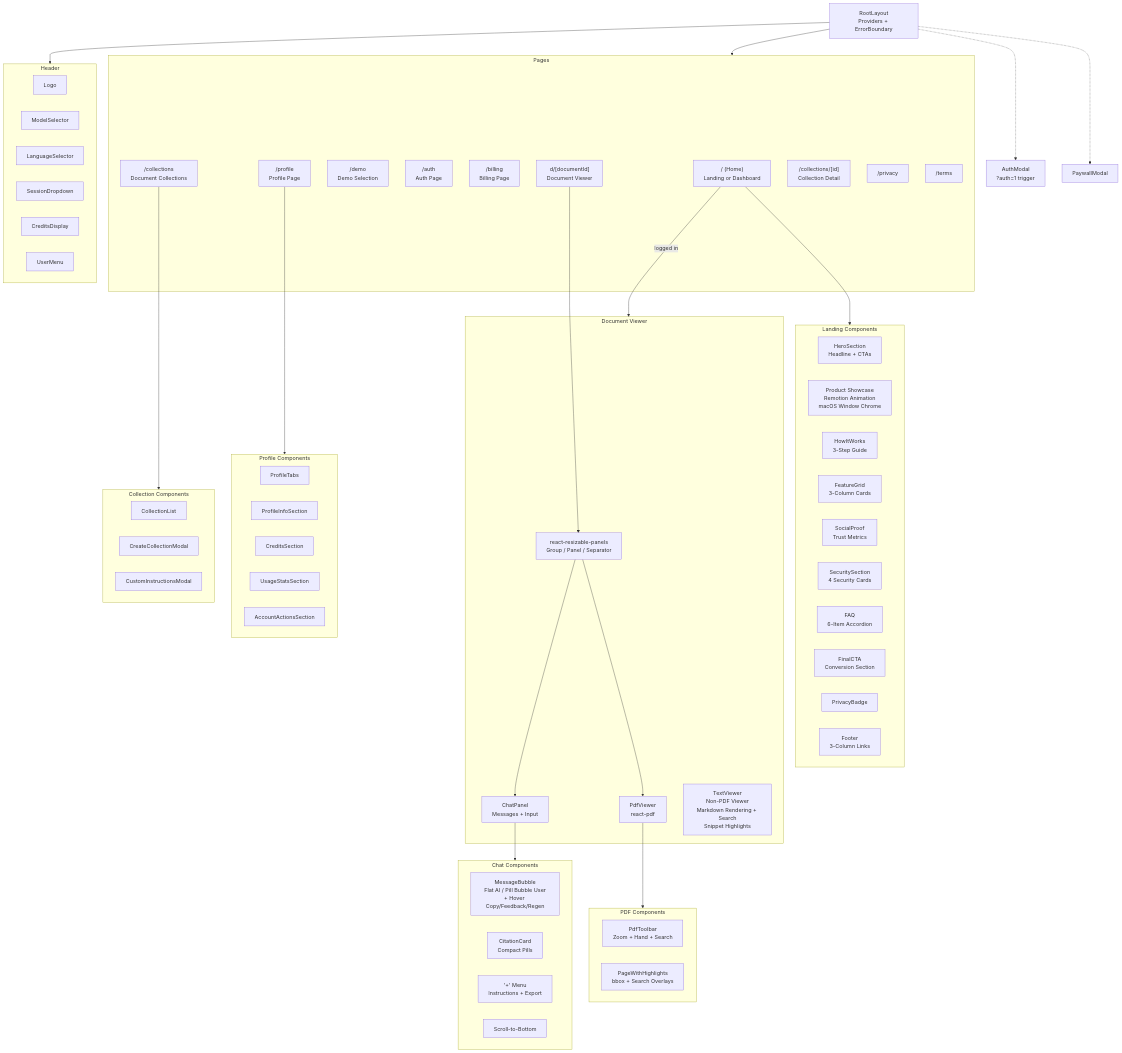
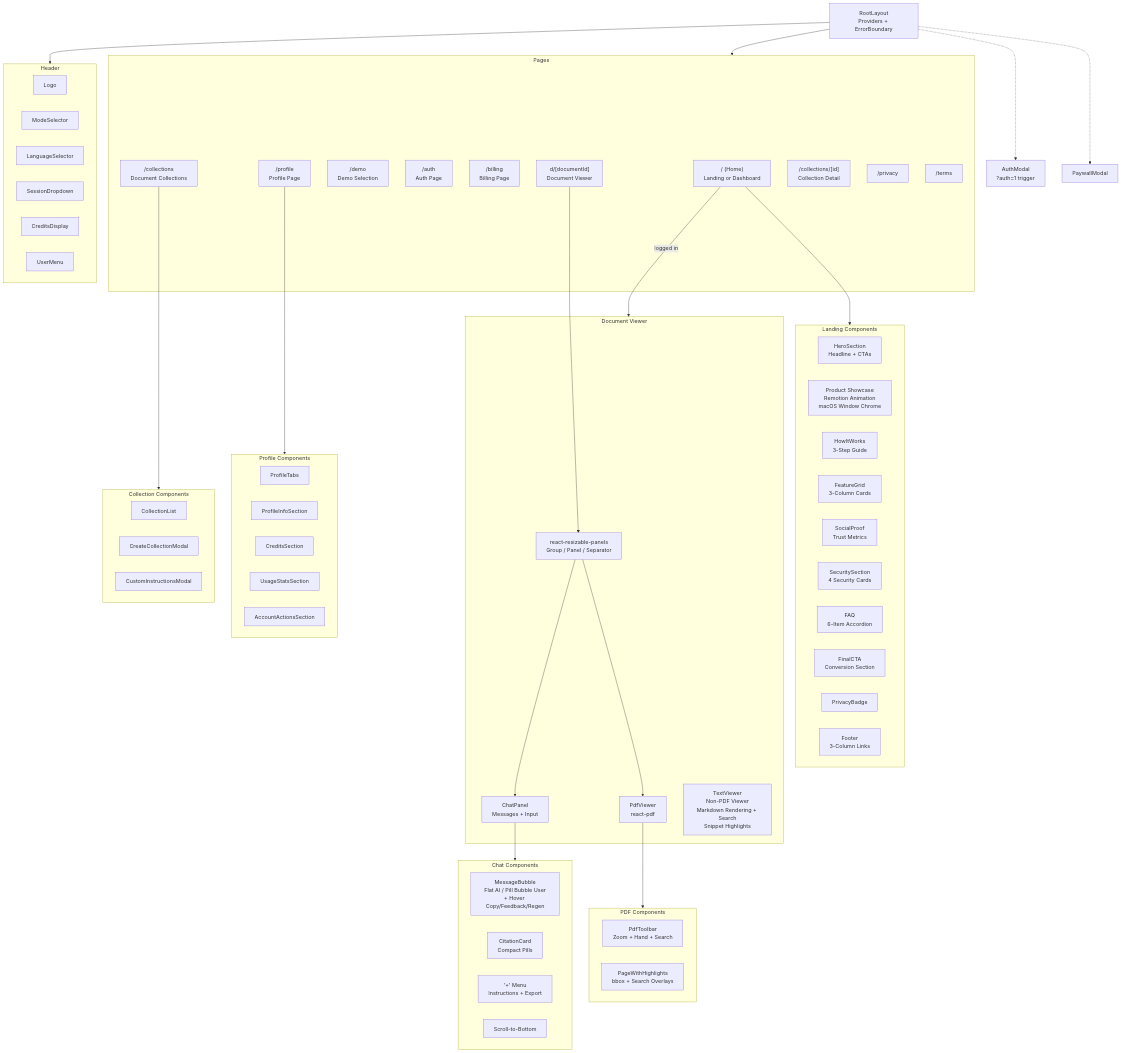
The seventh of 8 diagrams in docs/ARCHITECTURE.md (Rswcf/DocTalk), drawn with Mermaid before and after one commit. The commit also changed other lines of this file and 35 other files, not shown here.

First line of the commit message:
feat: replace 9-model dropdown with 3-mode selector (Quick/Balanced/Thorough)

```diff
--- a/docs/ARCHITECTURE.md
+++ b/docs/ARCHITECTURE.md
@@ -504,7 +504,7 @@
 
     subgraph HeaderComp["Header"]
         Logo["Logo"]
-        ModelSel["ModelSelector"]
+        ModelSel["ModeSelector"]
         LangSel["LanguageSelector"]
         SessionDrop["SessionDropdown"]
         CreditsDis["CreditsDisplay"]
```
